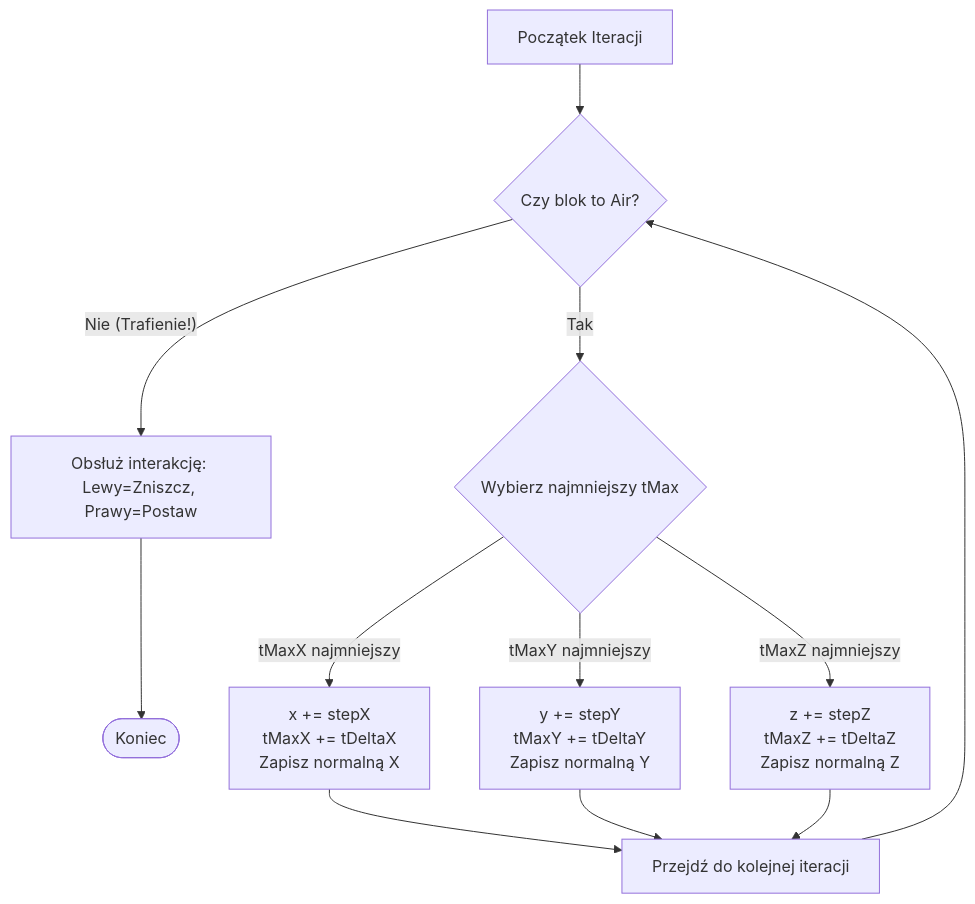
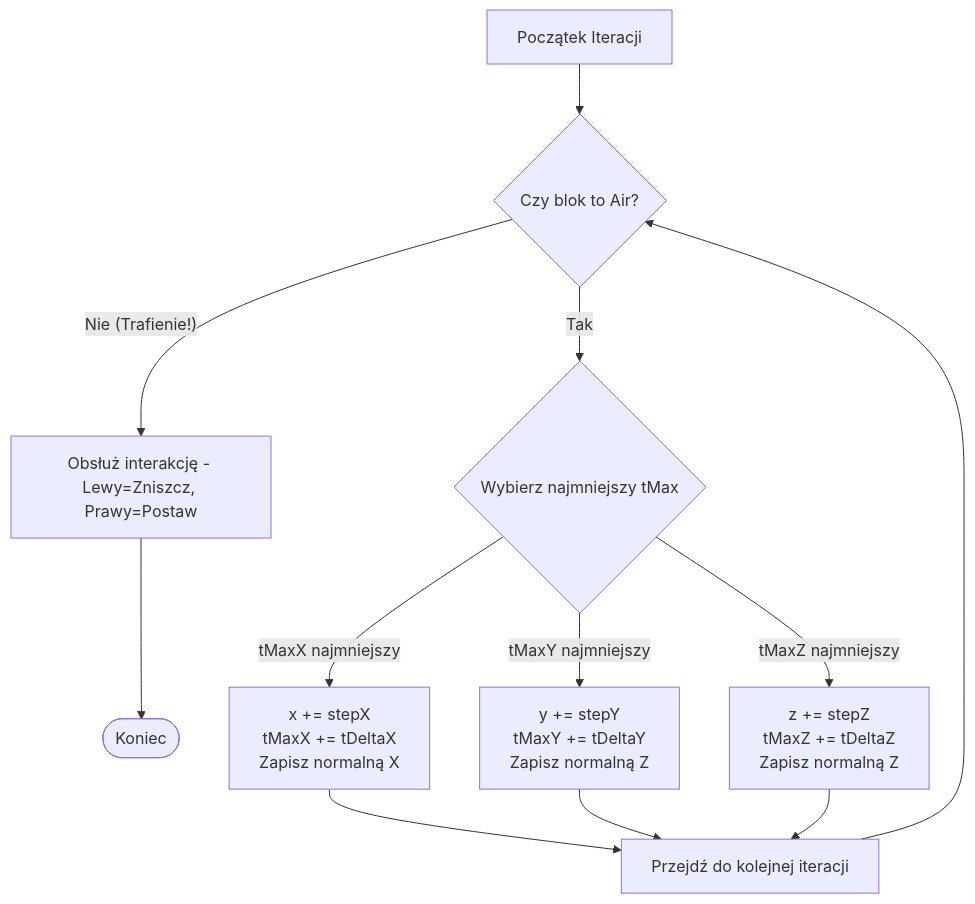
One commit to Siwyyy/VoxelEngine changed the diagram in docs/algorithms/Raycasting_DDA.md. Above: the diagram before and after it, drawn with Mermaid. The commit also changed 32 other files, not shown here.

````diff
--- a/docs/algorithms/Raycasting_DDA.md
+++ b/docs/algorithms/Raycasting_DDA.md
@@ -44,17 +44,17 @@
 ```mermaid
 flowchart TD
     Start[Początek Iteracji] --> CheckAir{Czy blok to Air?}
-    CheckAir -- Nie (Trafienie!) --> Interact[Obsłuż interakcję: Lewy=Zniszcz, Prawy=Postaw]
+    CheckAir -- Nie (Trafienie!) --> Interact[Obsłuż interakcję - Lewy=Zniszcz, Prawy=Postaw]
     Interact --> Exit([Koniec])
     
     CheckAir -- Tak --> Compare{Wybierz najmniejszy tMax}
     
     Compare -- tMaxX najmniejszy --> StepX[x += stepX \n tMaxX += tDeltaX \n Zapisz normalną X]
-    Compare -- tMaxY najmniejszy --> StepY[y += stepY \n tMaxY += tDeltaY \n Zapisz normalną Y]
+    Compare -- tMaxY najmniejszy --> StepY[y += stepY \n tMaxY += tDeltaY \n Zapisz normalną Z]
     Compare -- tMaxZ najmniejszy --> StepZ[z += stepZ \n tMaxZ += tDeltaZ \n Zapisz normalną Z]
     
     StepX --> Next[Przejdź do kolejnej iteracji]
     StepY --> Next
     StepZ --> Next
     Next --> CheckAir
 ```
````
